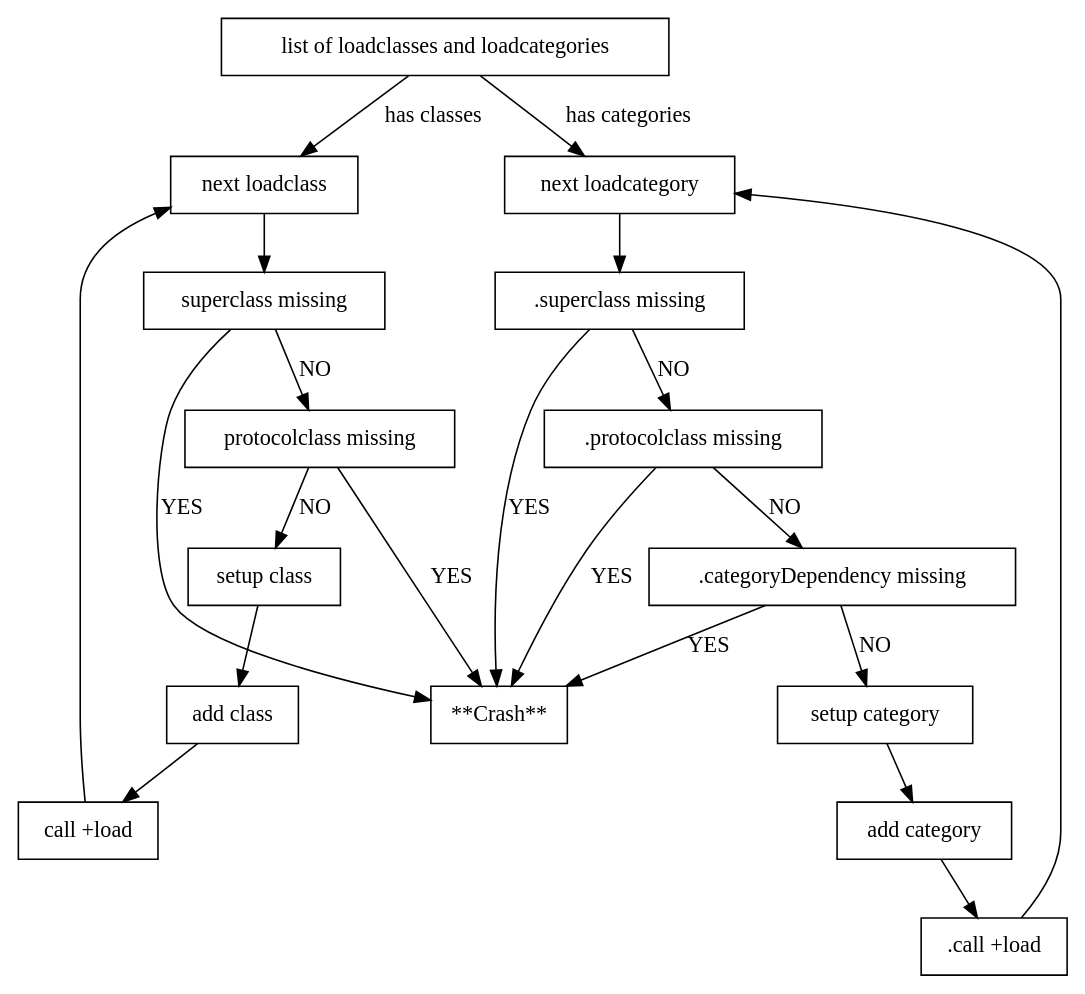
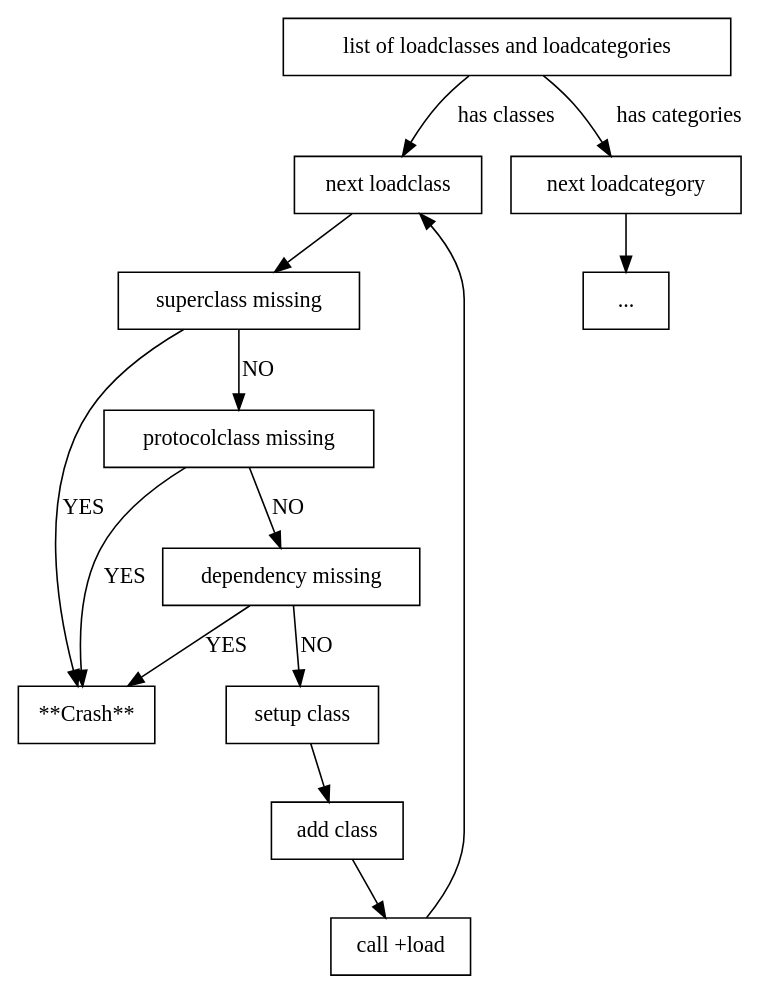
The diagram in dox/load/load_loop.dot (mulle-objc/mulle-objc-runtime), drawn with Graphviz before and after one commit. The commit also changed 13 other files, not shown here.

```diff
--- a/dox/load/load_loop.dot
+++ b/dox/load/load_loop.dot
@@ -1,35 +1,25 @@
 digraph load_loop
 {
    node [ shape="box"]
 
 
    "list of loadclasses and loadcategories" -> "next loadclass"     [ label=" has classes"]
    "list of loadclasses and loadcategories" -> "next loadcategory"  [ label=" has categories"]
    "list of loadclasses and loadcategories"
 
    { rank = same; "next loadclass"; "next loadcategory"}
 
    "next loadclass"        -> "superclass missing"
-   "superclass missing"    -> "**Crash**"         [ label="YES"]
+   "superclass missing"    -> "**Crash**"          [ label="YES"]
    "superclass missing"    -> "protocolclass missing"   [ label="NO"]
    "protocolclass missing" -> "**Crash**"          [ label="YES"]
-   "protocolclass missing" -> "setup class"              [ label="NO"]
+   "protocolclass missing" -> "dependency missing" [ label="NO"]
+   "dependency missing"    -> "**Crash**"          [ label="YES"]
+   "dependency missing"    -> "setup class"        [ label="NO"]
    "setup class"           -> "add class"
    "add class"             -> "call +load"
    "call +load"            -> "next loadclass"
 
 
-   "next loadcategory"      -> ".superclass missing"
-   ".superclass missing"    -> "**Crash**"          [ label="YES"]
-   ".superclass missing"    -> ".protocolclass missing"   [ label="NO"]
-   ".protocolclass missing" -> "**Crash**"          [ label="YES"]
-   ".protocolclass missing" -> ".categoryDependency missing"           [ label="NO"]
-   ".categoryDependency missing" -> "**Crash**"     [ label="YES"]
-   ".categoryDependency missing" -> "setup category"                   [ label="NO"]
-   "setup category"         -> "add category"
-   "add category"           -> ".call +load"
-   ".call +load"            -> "next loadcategory"
-
-   "next loadclass"
-   "next loadcategory"
+   "next loadcategory"      -> "..."
 }
```
